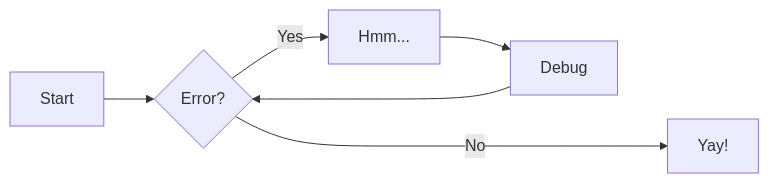
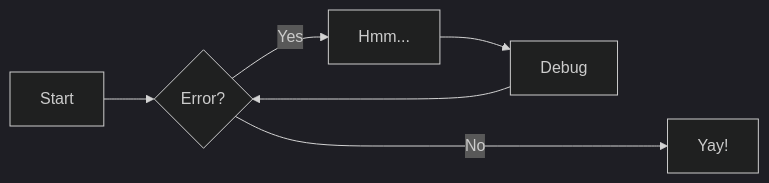
The diagram in docs/mermaid-diagram-test1.md (RoadieHQ/sample-service), drawn with Mermaid before and after one commit.

````diff
--- a/docs/mermaid-diagram-test1.md
+++ b/docs/mermaid-diagram-test1.md
@@ -1,9 +1,9 @@
 ```mermaid
-%%{init: {'themeVariables': { 'darkMode': 'true' }}}%%
+%%{init: {'theme': 'dark', 'themeVariables': { 'darkMode': 'true' }}}%%
 graph LR
   A[Start] --> B{Error?};
   B -->|Yes| C[Hmm...];
   C --> D[Debug];
   D --> B;
   B ---->|No| E[Yay!];
 ```
````
